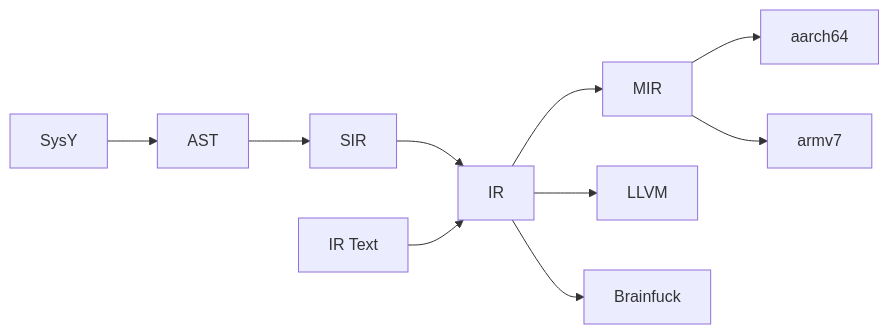
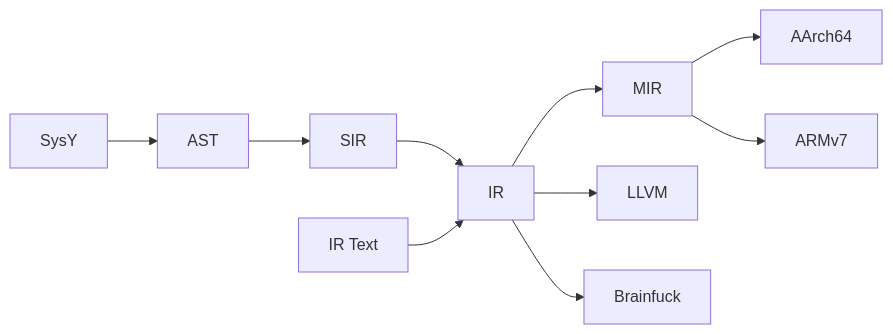
One commit to 0x676e616c63/gnalc changed the first of 18 diagrams in docs/overview.md. Above: the diagram before and after it, drawn with Mermaid. The commit also changed other lines of this file and 1 other file, not shown here.

````diff
--- a/docs/overview.md
+++ b/docs/overview.md
@@ -5,10 +5,10 @@
 ```mermaid
 graph LR
     SysY --> AST --> SIR --> IR
     IRText["IR Text"] --> IR
     IR --> MIR
     IR --> LLVM[LLVM]
     IR --> Brainfuck
-    MIR --> aarch64[aarch64]
-    MIR --> armv7[armv7]
+    MIR --> aarch64[AArch64]
+    MIR --> armv7[ARMv7]
 ```
````
